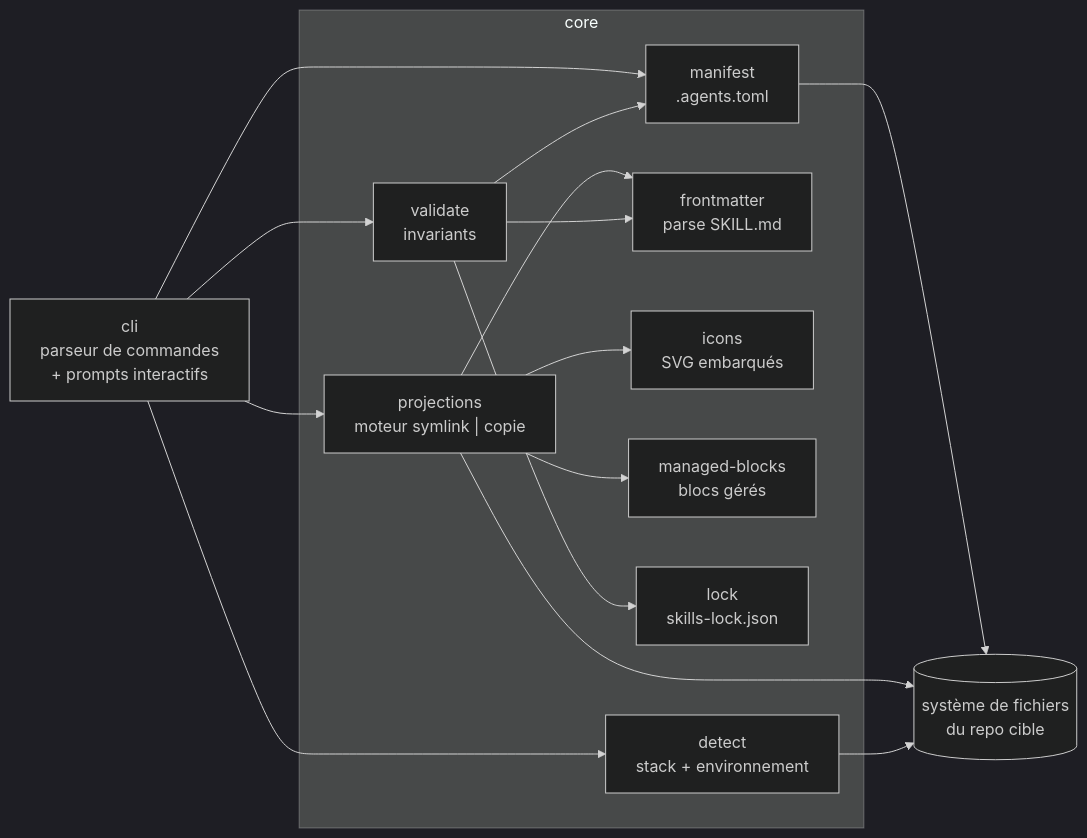
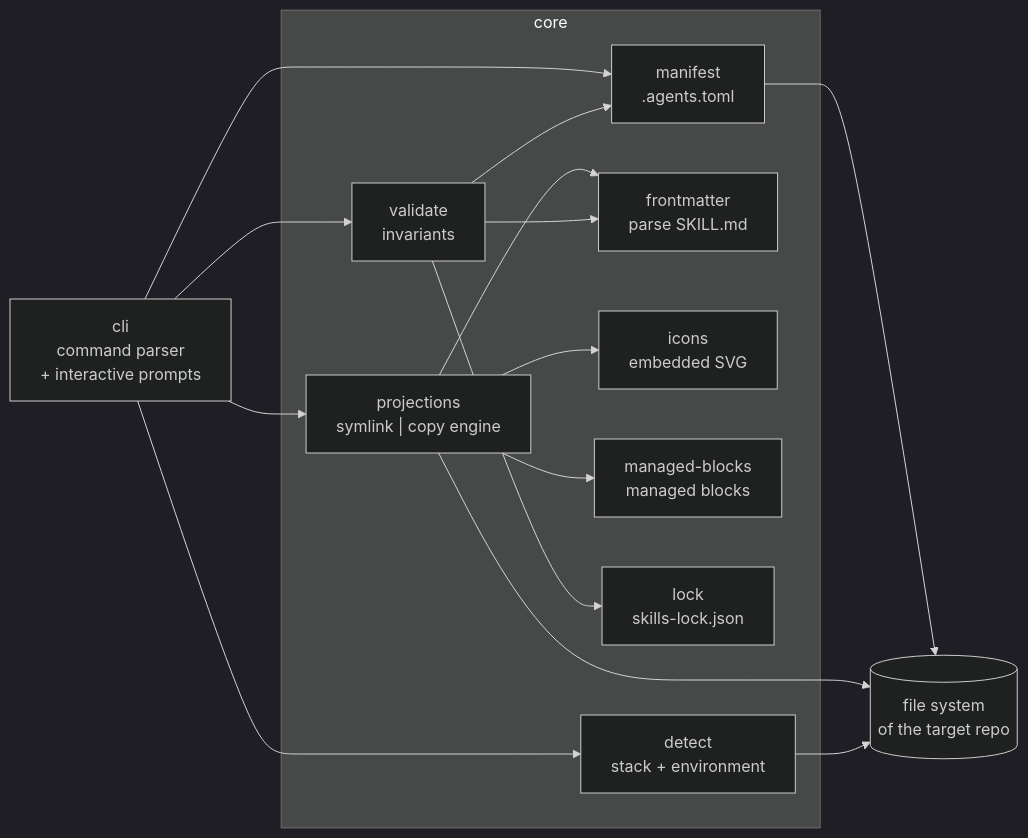
The second of 3 diagrams in docs/architecture.md (PicardRaphael/agentsdir), drawn with Mermaid (dark theme) before and after one commit. The commit also changed other lines of this file and 23 other files, not shown here.

````diff
--- a/docs/architecture.md
+++ b/docs/architecture.md
@@ -53,31 +53,31 @@
 ```mermaid
 flowchart LR
-    CLI["cli<br>parseur de commandes<br>+ prompts interactifs"]
+    CLI["cli<br>command parser<br>+ interactive prompts"]
 
     subgraph CORE["core"]
         MAN["manifest<br>.agents.toml"]
-        PROJ["projections<br>moteur symlink | copie"]
+        PROJ["projections<br>symlink | copy engine"]
         VAL["validate<br>invariants"]
         FM["frontmatter<br>parse SKILL.md"]
-        IC["icons<br>SVG embarqués"]
-        MB["managed-blocks<br>blocs gérés"]
+        IC["icons<br>embedded SVG"]
+        MB["managed-blocks<br>managed blocks"]
         LK["lock<br>skills-lock.json"]
-        DET["detect<br>stack + environnement"]
+        DET["detect<br>stack + environment"]
     end
 
-    FS[("système de fichiers<br>du repo cible")]
+    FS[("file system<br>of the target repo")]
 
     CLI --> MAN
     CLI --> DET
     CLI --> PROJ
     CLI --> VAL
     PROJ --> FM
     PROJ --> IC
     PROJ --> MB
     VAL --> FM
     VAL --> LK
     VAL --> MAN
     MAN --> FS
     PROJ --> FS
     DET --> FS
 ```
````
